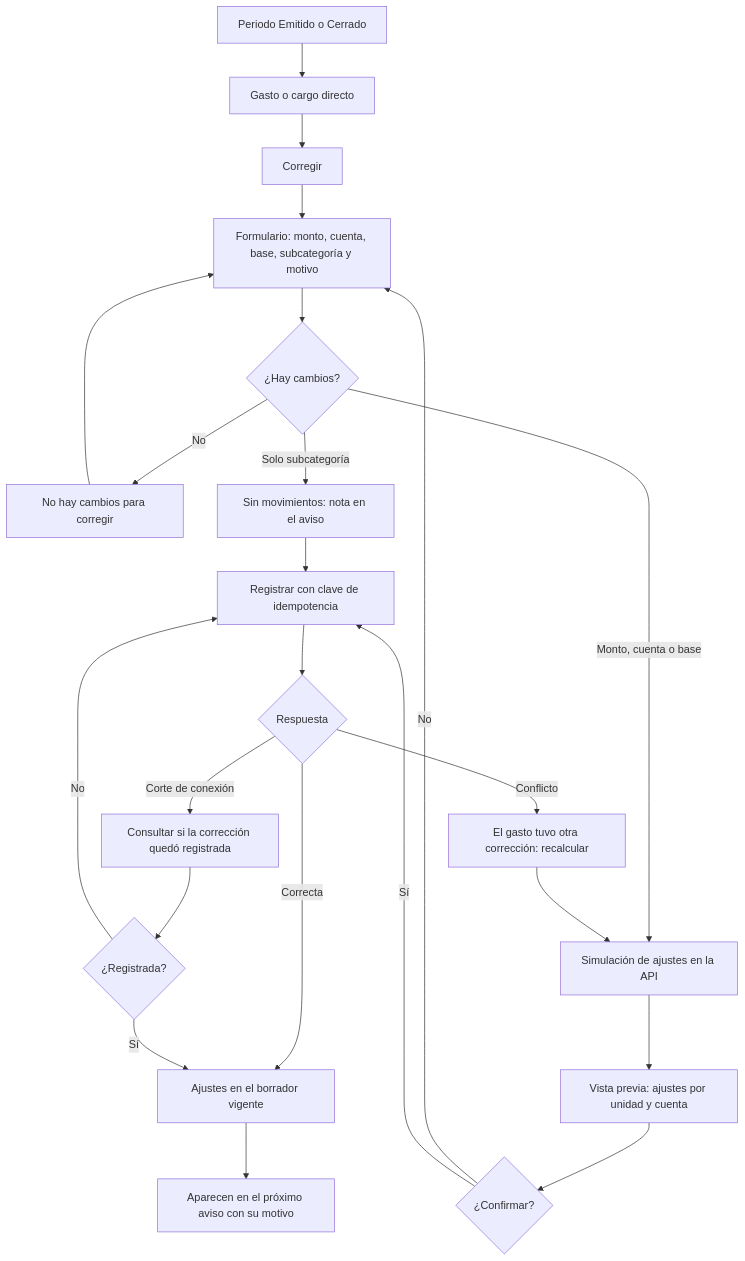
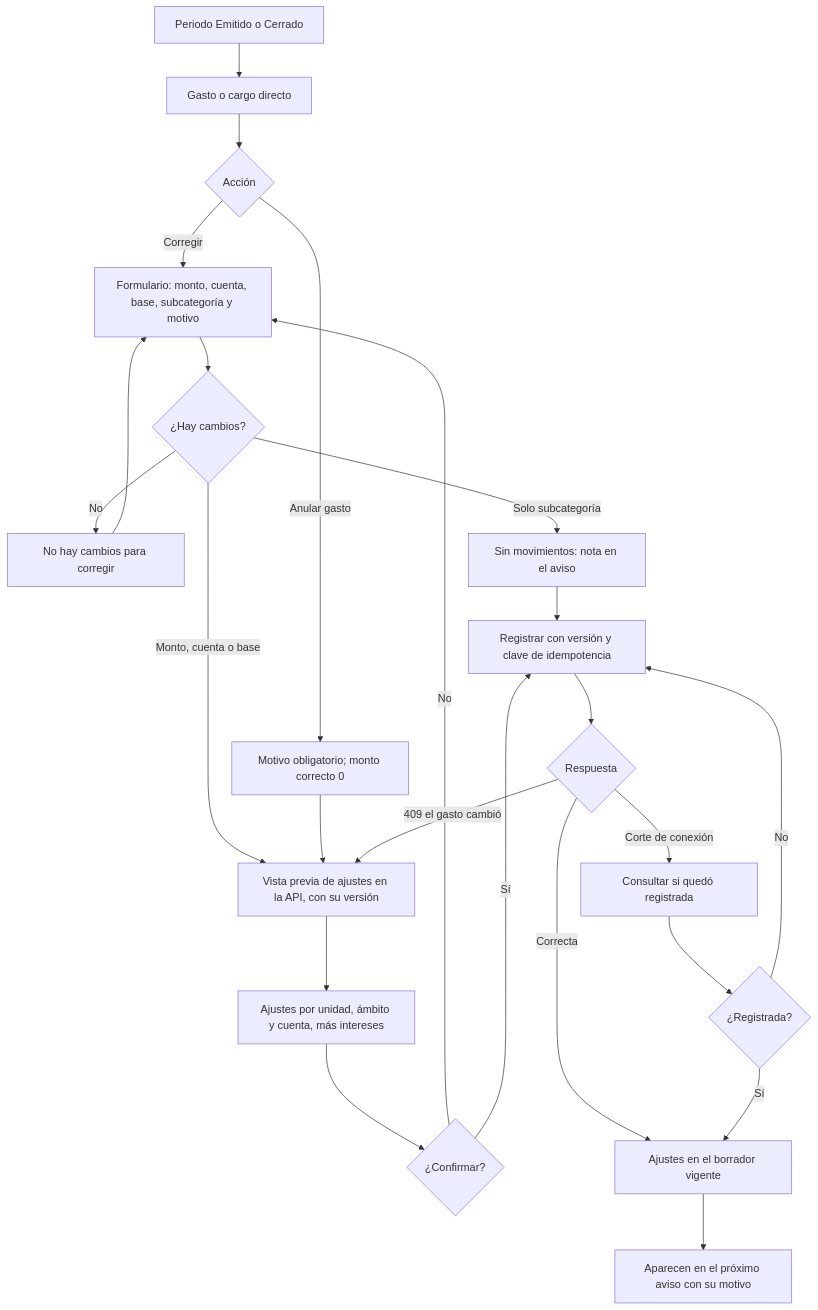
Before and after one commit to misterexcel/ComVive: the diagram in docs/design/flujos/admin-corregir-gasto.md, drawn with Mermaid. The commit also changed other lines of this file and 20 other files, not shown here.

First line of the commit message:
docs: resolve design review 2 across spec, architecture, design and QA

````diff
--- a/docs/design/flujos/admin-corregir-gasto.md
+++ b/docs/design/flujos/admin-corregir-gasto.md
@@ -21,25 +22,26 @@
 ```mermaid
 flowchart TD
   A["Periodo Emitido o Cerrado"] --> B["Gasto o cargo directo"]
-  B --> C["Corregir"]
-  C --> D["Formulario: monto, cuenta, base, subcategoría y motivo"]
+  B --> C{"Acción"}
+  C -->|Corregir| D["Formulario: monto, cuenta, base, subcategoría y motivo"]
+  C -->|Anular gasto| D2["Motivo obligatorio; monto correcto 0"]
   D --> E{"¿Hay cambios?"}
   E -->|No| F["No hay cambios para corregir"]
   F --> D
   E -->|Solo subcategoría| G["Sin movimientos: nota en el aviso"]
   G --> K
-  E -->|Monto, cuenta o base| H["Simulación de ajustes en la API"]
-  H --> I["Vista previa: ajustes por unidad y cuenta"]
+  E -->|Monto, cuenta o base| H["Vista previa de ajustes en la API, con su versión"]
+  D2 --> H
+  H --> I["Ajustes por unidad, ámbito y cuenta, más intereses"]
   I --> J{"¿Confirmar?"}
   J -->|No| D
-  J -->|Sí| K["Registrar con clave de idempotencia"]
+  J -->|Sí| K["Registrar con versión y clave de idempotencia"]
   K --> L{"Respuesta"}
   L -->|Correcta| M["Ajustes en el borrador vigente"]
-  L -->|Conflicto| N["El gasto tuvo otra corrección: recalcular"]
-  N --> H
-  L -->|Corte de conexión| O["Consultar si la corrección quedó registrada"]
+  L -->|409 el gasto cambió| H
+  L -->|Corte de conexión| O["Consultar si quedó registrada"]
   O --> P{"¿Registrada?"}
   P -->|Sí| M
   P -->|No| K
   M --> Q["Aparecen en el próximo aviso con su motivo"]
 ```
````
